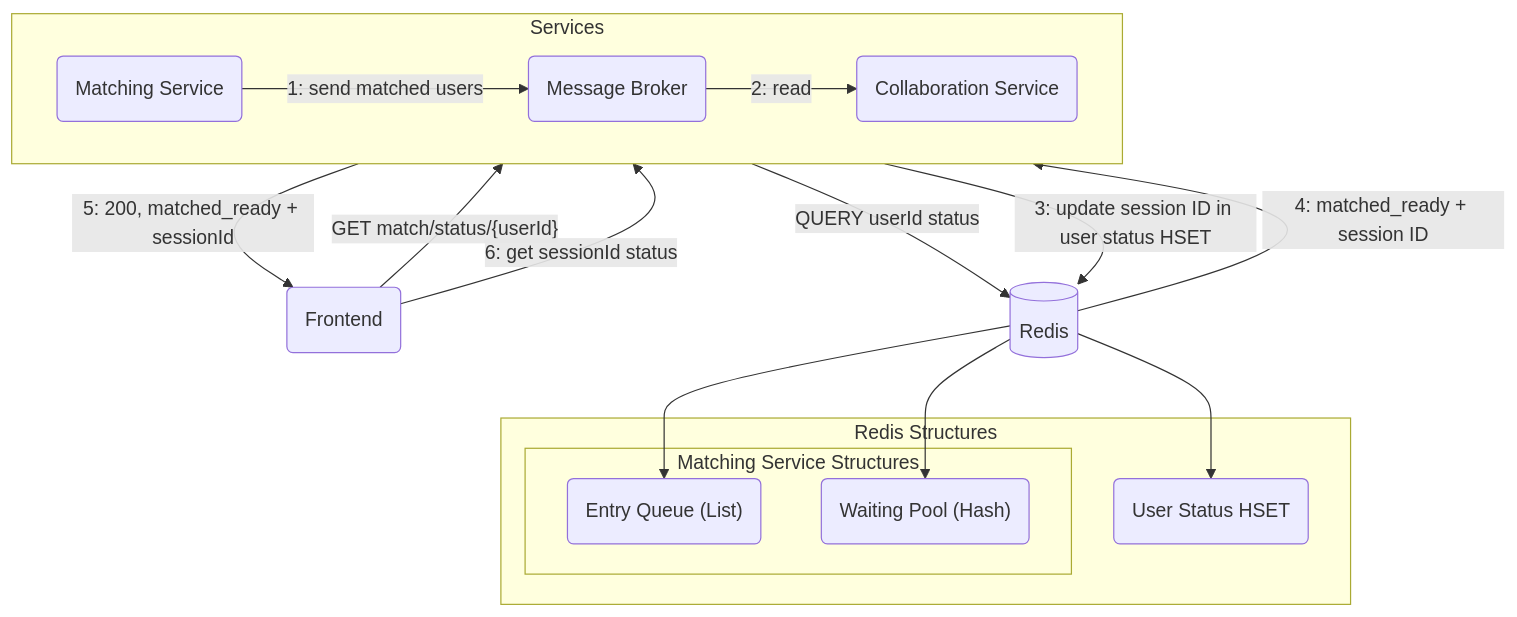
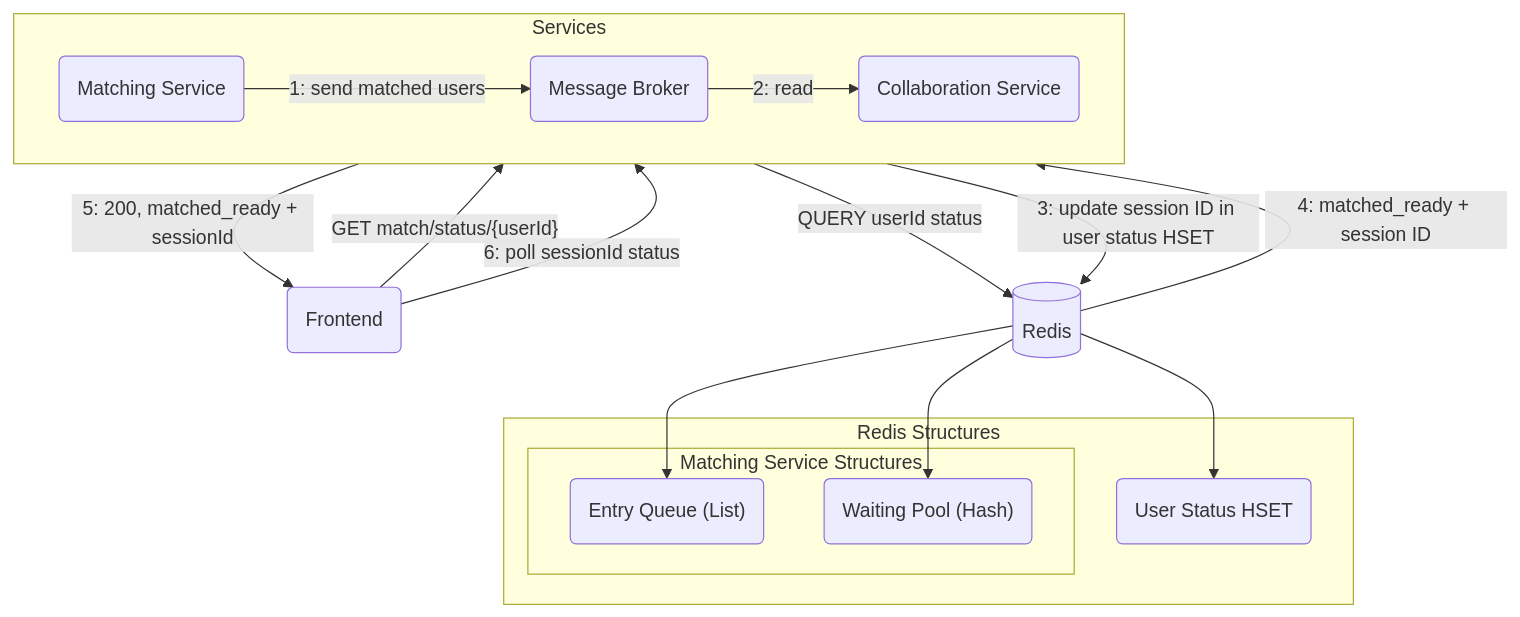
Before and after one commit to CS3219-AY2526Sem1/cs3219-ay2526s1-project-g04: the second of 2 diagrams in backend/services/matching_service/README.md, drawn with Mermaid.

Commit message:
docs: update matching service README to include more details

````diff
--- a/backend/services/matching_service/README.md
+++ b/backend/services/matching_service/README.md
@@ -43,37 +43,37 @@
 ```mermaid
 flowchart TB
     FE(Frontend)
 
     subgraph Services
     MS(Matching Service)
     MB(Message Broker)
     CS(Collaboration Service)
         direction LR
         MS -->|1: send matched users| MB
         MB -->|2: read| CS
     end
 
     Redis[(Redis)]
 
     subgraph RS["Redis Structures"]
         subgraph MSRS["Matching Service Structures"]
             EQ("Entry Queue (List)")
             WPool("Waiting Pool (Hash)")
         end
 
         USHS("User Status HSET")
     end
 
     FE -->|"GET match/status/{userId}"| MS
     MS -->|5: 200, matched_ready + sessionId| FE 
-    FE -->|6: get sessionId status| CS
+    FE -->|6: poll sessionId status| CS
 
     MS -->|QUERY userId status| Redis
     CS -->|3: update session ID in user status HSET| Redis
     Redis -->|4: matched_ready + session ID| MS
 
     Redis --> EQ
     Redis --> WPool
     Redis --> USHS
 
 ```
````
